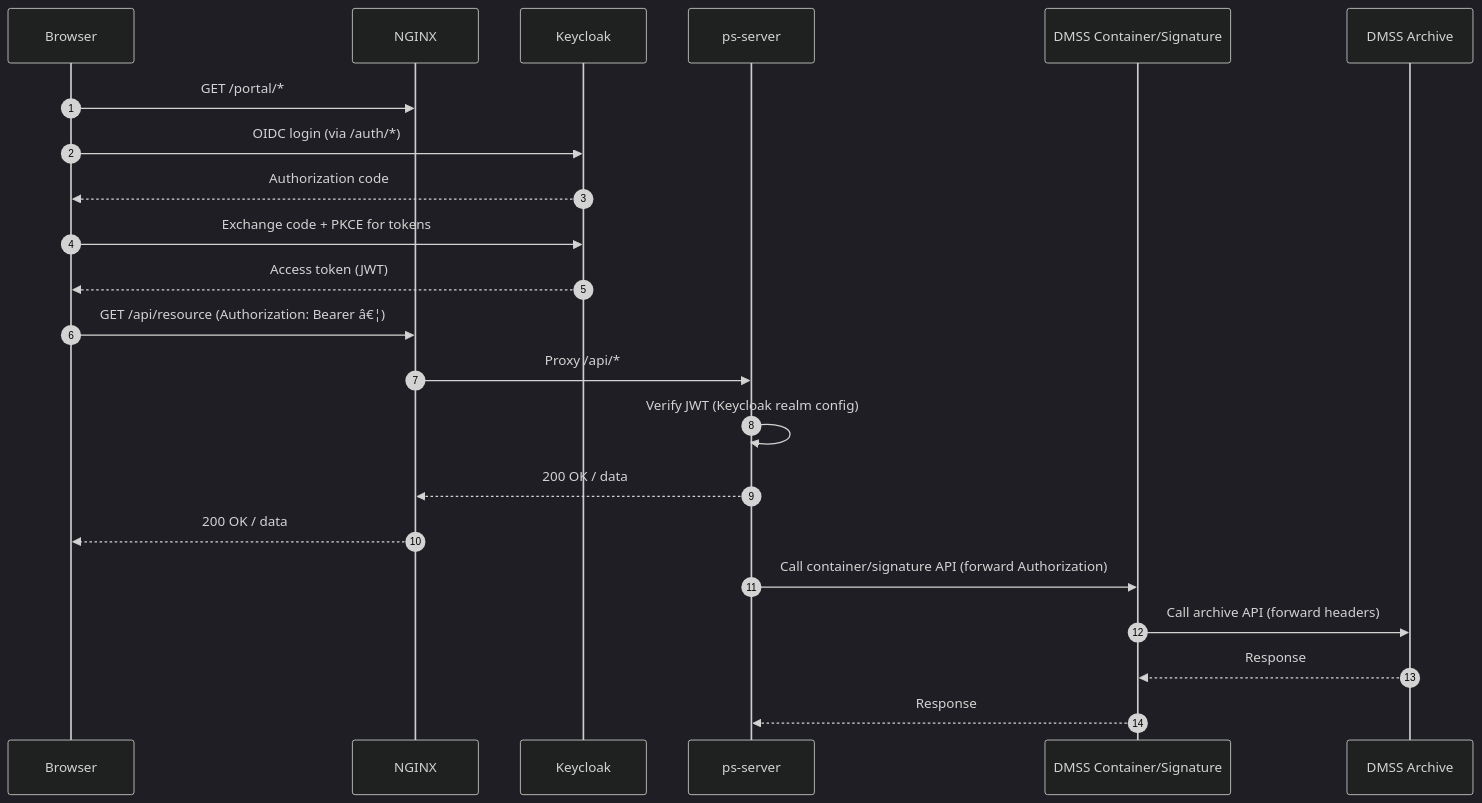
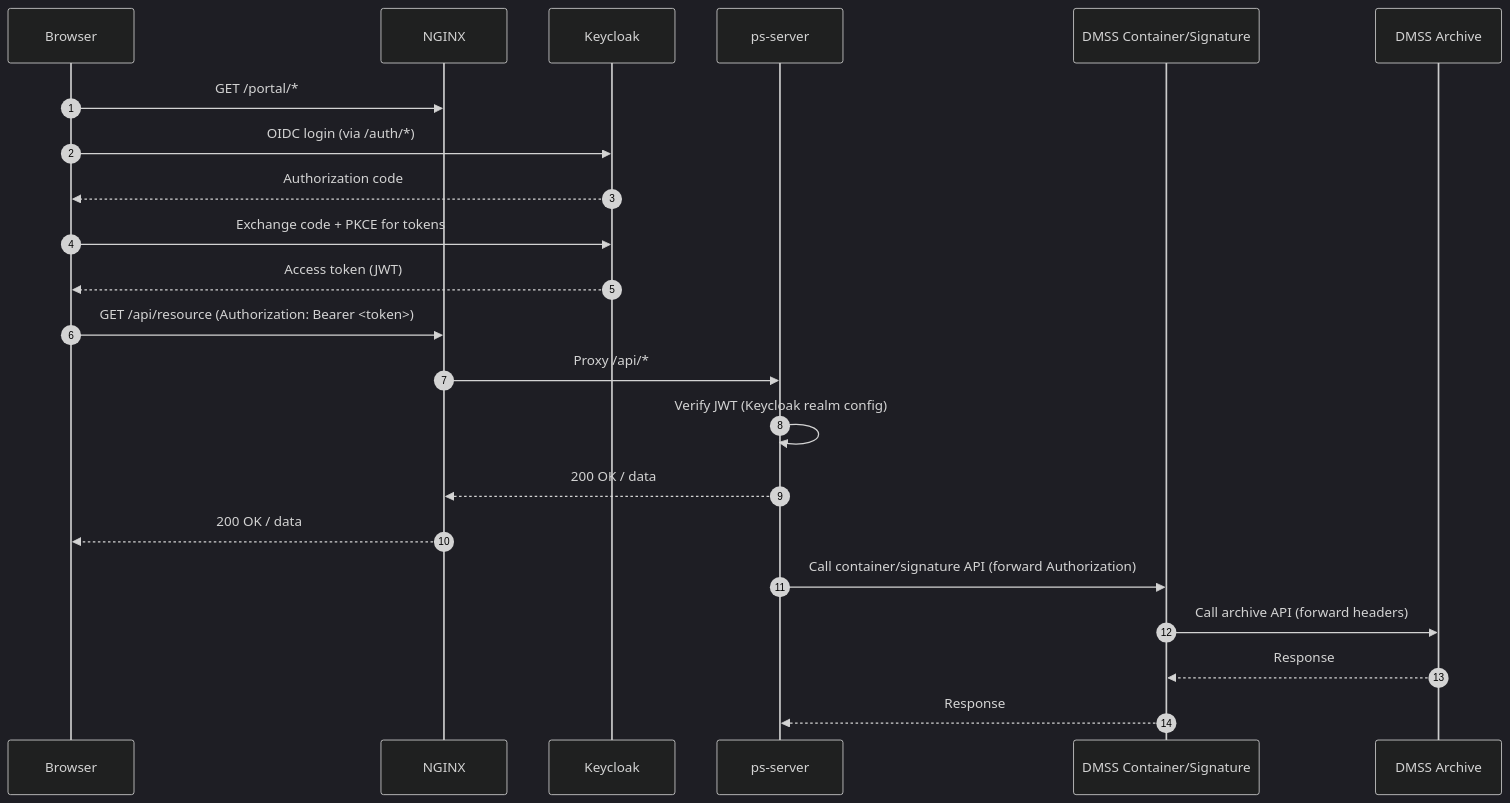
One commit to mihailsgo/ps-app-cloud-deployment changed the second of 2 diagrams in README.md. Above: the diagram before and after it, drawn with Mermaid (dark theme). The commit also changed other lines of this file, not shown here.

Commit message:
docs: normalize README to ASCII; remove mojibake artifacts and clarify diagrams

````diff
--- a/README.md
+++ b/README.md
@@ -246,25 +160,25 @@
 ```mermaid
 sequenceDiagram
   autonumber
   participant Browser
   participant NGINX
   participant Keycloak
   participant Backend as ps-server
   participant DMSSCS as DMSS Container/Signature
   participant DMSSAR as DMSS Archive
 
   Browser->>NGINX: GET /portal/*
   Browser->>Keycloak: OIDC login (via /auth/*)
   Keycloak-->>Browser: Authorization code
   Browser->>Keycloak: Exchange code + PKCE for tokens
   Keycloak-->>Browser: Access token (JWT)
-  Browser->>NGINX: GET /api/resource (Authorization: Bearer â€¦)
+  Browser->>NGINX: GET /api/resource (Authorization: Bearer <token>)
   NGINX->>Backend: Proxy /api/*
   Backend->>Backend: Verify JWT (Keycloak realm config)
   Backend-->>NGINX: 200 OK / data
   NGINX-->>Browser: 200 OK / data
   Backend->>DMSSCS: Call container/signature API (forward Authorization)
   DMSSCS->>DMSSAR: Call archive API (forward headers)
   DMSSAR-->>DMSSCS: Response
   DMSSCS-->>Backend: Response
 ```
````
